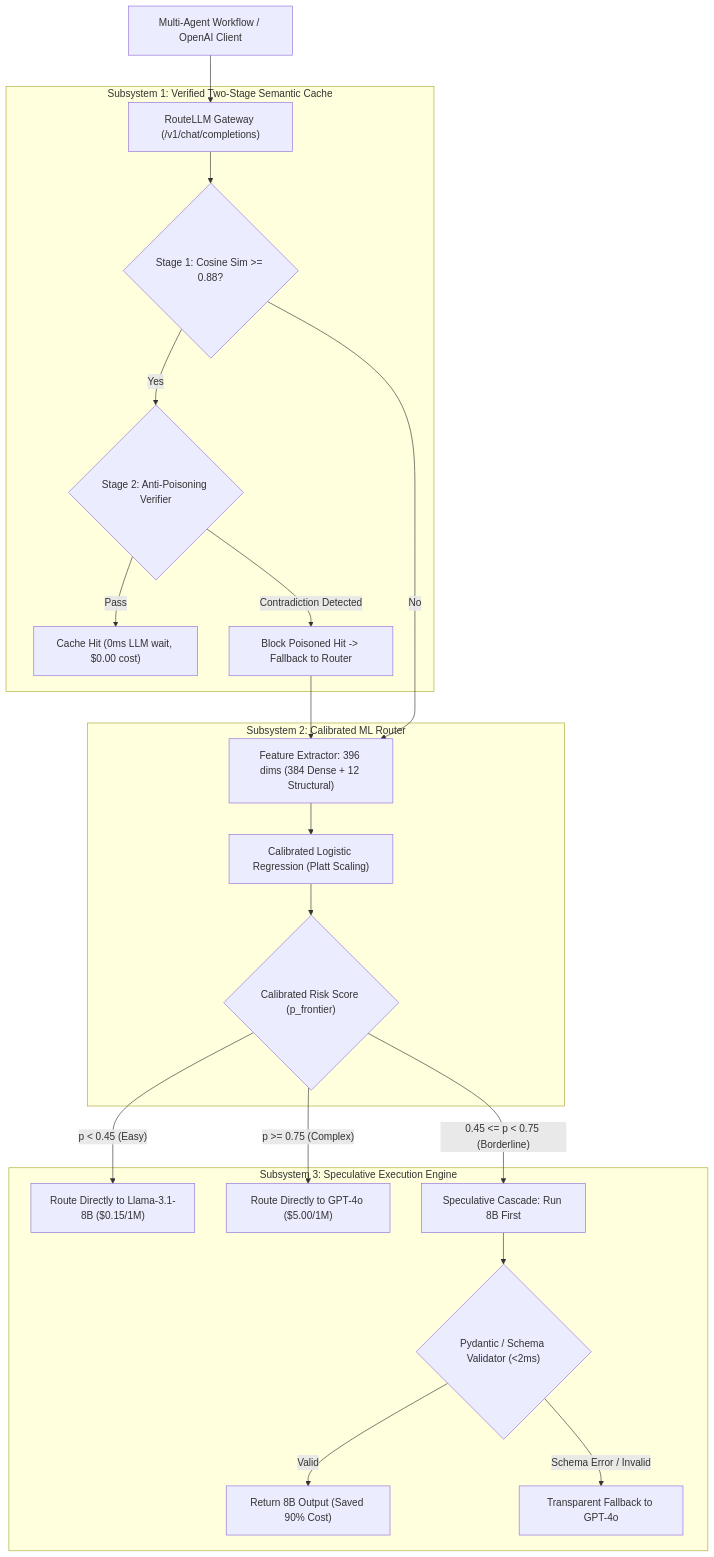
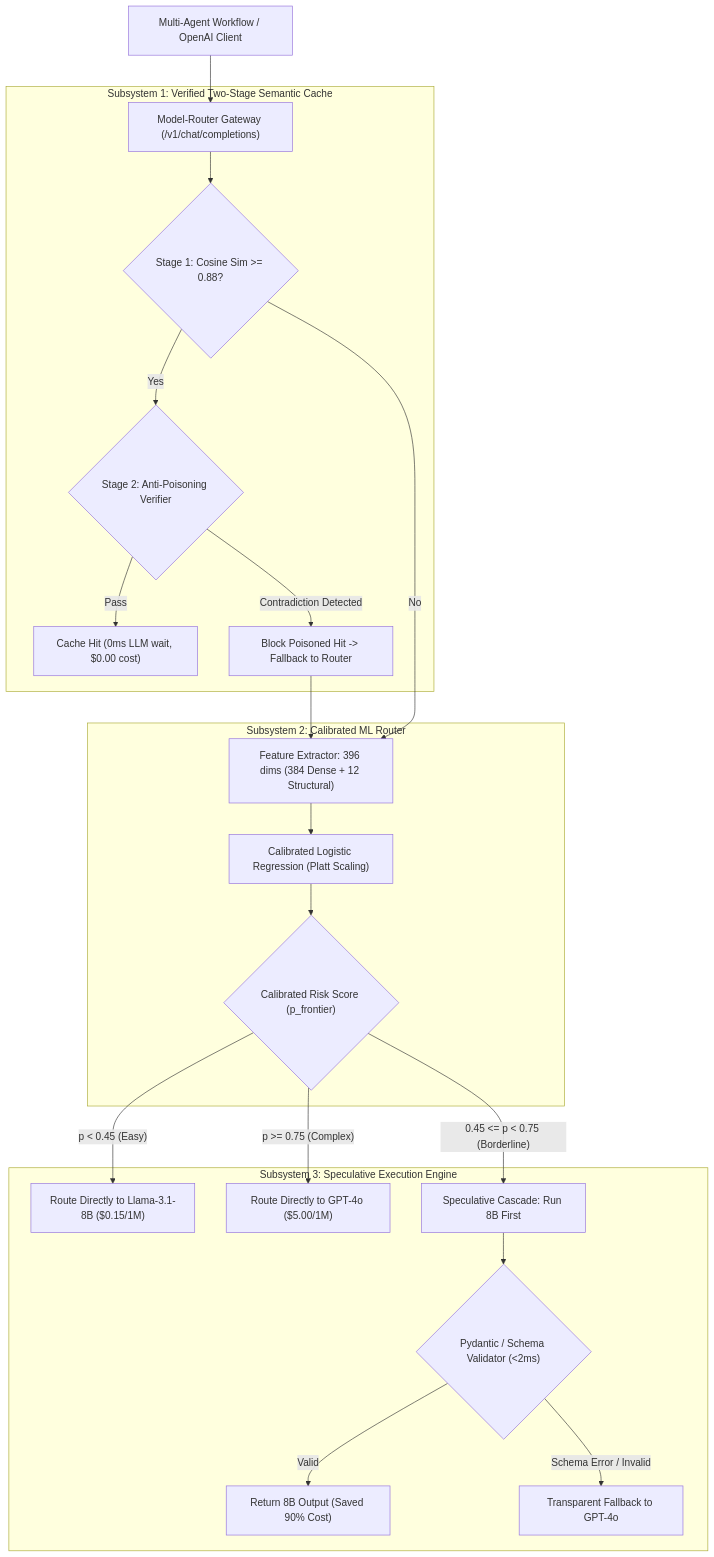
One commit to MatDawit/model-router changed the diagram in practice/README.md. Above: the diagram before and after it, drawn with Mermaid. The commit also changed other lines of this file and 6 other files, not shown here.

Commit message:
updated stale names in other dirs to model-router

````diff
--- a/practice/README.md
+++ b/practice/README.md
@@ -25,27 +25,27 @@
 ```mermaid
 flowchart TD
-    Client["Multi-Agent Workflow / OpenAI Client"] --> GW["RouteLLM Gateway (/v1/chat/completions)"]
+    Client["Multi-Agent Workflow / OpenAI Client"] --> GW["Model-Router Gateway (/v1/chat/completions)"]
     
     subgraph S1["Subsystem 1: Verified Two-Stage Semantic Cache"]
         GW --> CacheCheck{"Stage 1: Cosine Sim >= 0.88?"}
         CacheCheck -->|"Yes"| S2Verify{"Stage 2: Anti-Poisoning Verifier"}
         S2Verify -->|"Pass"| CacheHit["Cache Hit (0ms LLM wait, $0.00 cost)"]
         S2Verify -->|"Contradiction Detected"| Blocked["Block Poisoned Hit -> Fallback to Router"]
     end
     
     subgraph S2["Subsystem 2: Calibrated ML Router"]
         CacheCheck -->|"No"| FeatExt["Feature Extractor: 396 dims (384 Dense + 12 Structural)"]
         Blocked --> FeatExt
         FeatExt --> CalibRouter["Calibrated Logistic Regression (Platt Scaling)"]
         CalibRouter --> Decision{"Calibrated Risk Score (p_frontier)"}
     end
 
     subgraph S3["Subsystem 3: Speculative Execution Engine"]
         Decision -->|"p < 0.45 (Easy)"| SmallDirect["Route Directly to Llama-3.1-8B ($0.15/1M)"]
         Decision -->|"p >= 0.75 (Complex)"| FrontierDirect["Route Directly to GPT-4o ($5.00/1M)"]
         Decision -->|"0.45 <= p < 0.75 (Borderline)"| SpecCascade["Speculative Cascade: Run 8B First"]
         SpecCascade --> PydanticVal{"Pydantic / Schema Validator (<2ms)"}
         PydanticVal -->|"Valid"| ServeSmall["Return 8B Output (Saved 90% Cost)"]
         PydanticVal -->|"Schema Error / Invalid"| FallbackFrontier["Transparent Fallback to GPT-4o"]
     end
 ```
````
